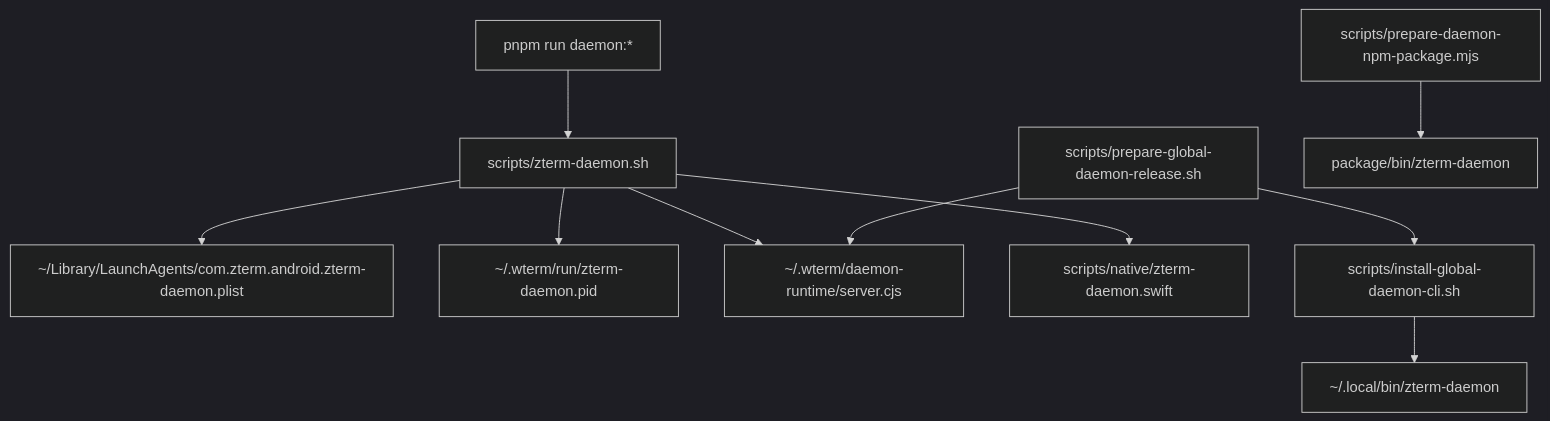
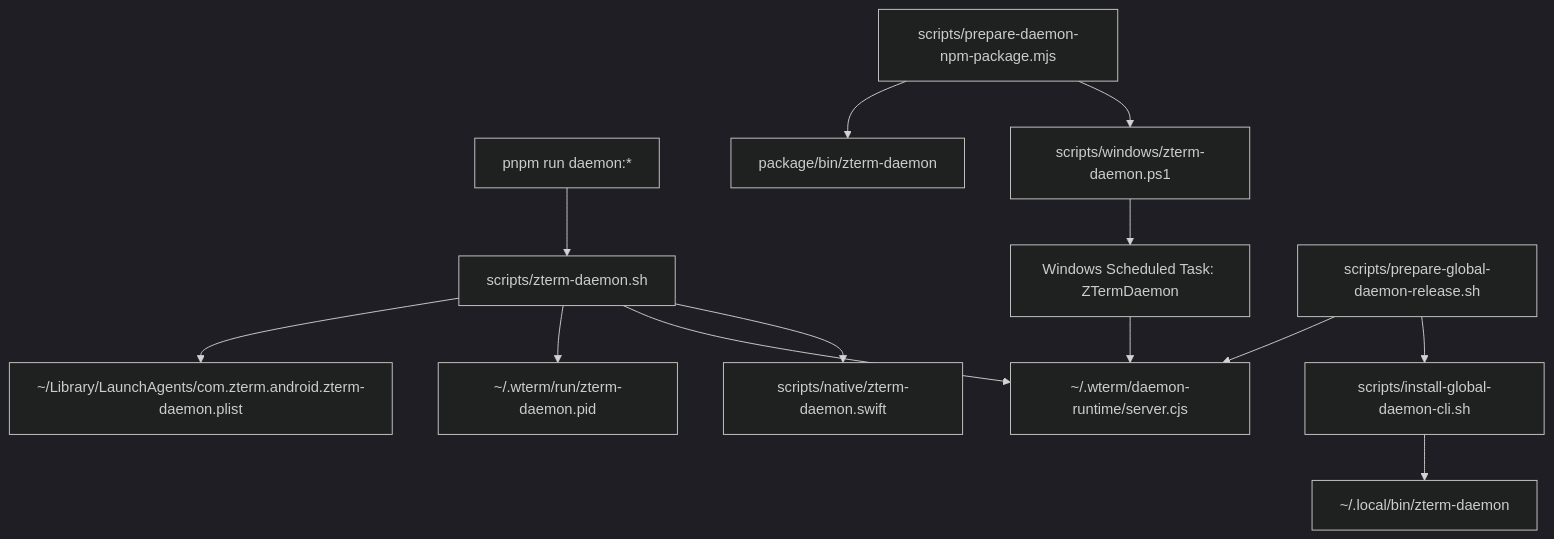
The third of 3 diagrams in android/docs/wiki/mainline-source.md (Jasonzhangf/zterm), drawn with Mermaid (dark theme) before and after one commit. The commit also changed other lines of this file and 93 other files, not shown here.

Commit message:
fix: windows daemon runner release

````diff
--- a/android/docs/wiki/mainline-source.md
+++ b/android/docs/wiki/mainline-source.md
@@ -50,12 +50,15 @@
 ```mermaid
 flowchart TD
   DevCLI["pnpm run daemon:*"] --> Shell["scripts/zterm-daemon.sh"]
   Shell --> Launchd["~/Library/LaunchAgents/com.zterm.android.zterm-daemon.plist"]
   Shell --> Direct["~/.wterm/run/zterm-daemon.pid"]
   Shell --> Runtime["~/.wterm/daemon-runtime/server.cjs"]
   Shell --> Native["scripts/native/zterm-daemon.swift"]
+  WinShell["scripts/windows/zterm-daemon.ps1"] --> WinTask["Windows Scheduled Task: ZTermDaemon"]
+  WinTask --> Runtime
   Release["scripts/prepare-global-daemon-release.sh"] --> Runtime
   Release --> Install["scripts/install-global-daemon-cli.sh"]
   Install --> GlobalBin["~/.local/bin/zterm-daemon"]
   Npm["scripts/prepare-daemon-npm-package.mjs"] --> PackageBin["package/bin/zterm-daemon"]
+  Npm --> WinShell
 ```
````
